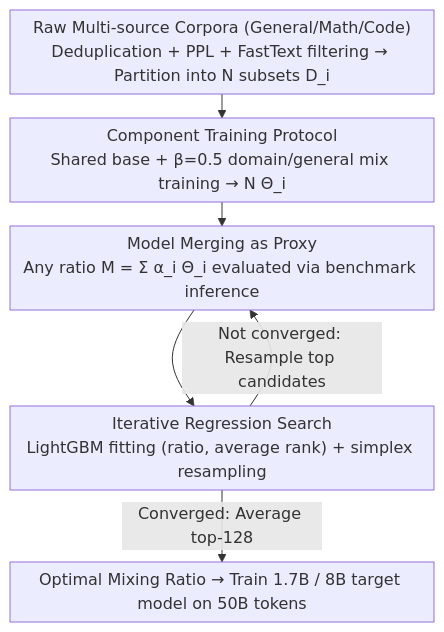
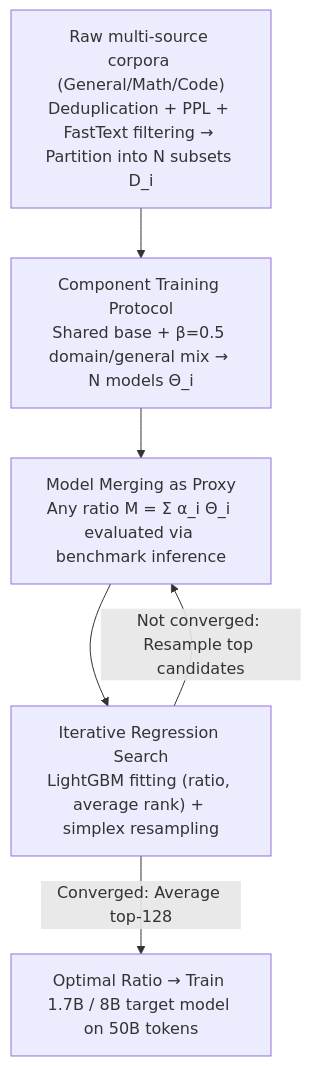
Before and after one commit to zhaoyang97/Paper-Notes-en: the diagram in docs/ICML2026/model_compression/decouple_searching_from_training_scaling_data_mixing_via_model_merging_for_large.md, drawn with Mermaid. The commit also changed other lines of this file and 5084 other files, not shown here.

````diff
--- a/docs/ICML2026/model_compression/decouple_searching_from_training_scaling_data_mixing_via_model_merging_for_large.md
+++ b/docs/ICML2026/model_compression/decouple_searching_from_training_scaling_data_mixing_via_model_merging_for_large.md
@@ -43,9 +43,8 @@
 ```mermaid
-%%{init: {'flowchart': {'rankSpacing': 24, 'nodeSpacing': 28, 'padding': 6, 'wrappingWidth': 400}}}%%
-flowchart TD
-    A["Raw Multi-source Corpora (General/Math/Code)<br/>Deduplication + PPL + FastText filtering → Partition into N subsets D_i"] --> B["Component Training Protocol<br/>Shared base + β=0.5 domain/general mix training → N Θ_i"]
+graph TD
+    A["Raw multi-source corpora (General/Math/Code)<br/>Deduplication + PPL + FastText filtering → Partition into N subsets D_i"] --> B["Component Training Protocol<br/>Shared base + β=0.5 domain/general mix → N models Θ_i"]
     B --> C["Model Merging as Proxy<br/>Any ratio M = Σ α_i Θ_i evaluated via benchmark inference"]
     C --> D["Iterative Regression Search<br/>LightGBM fitting (ratio, average rank) + simplex resampling"]
     D -->|Not converged: Resample top candidates| C
-    D -->|Converged: Average top-128| E["Optimal Mixing Ratio → Train 1.7B / 8B target model on 50B tokens"]
+    D -->|Converged: Average top-128| E["Optimal Ratio → Train 1.7B / 8B target model on 50B tokens"]
 ```
````
